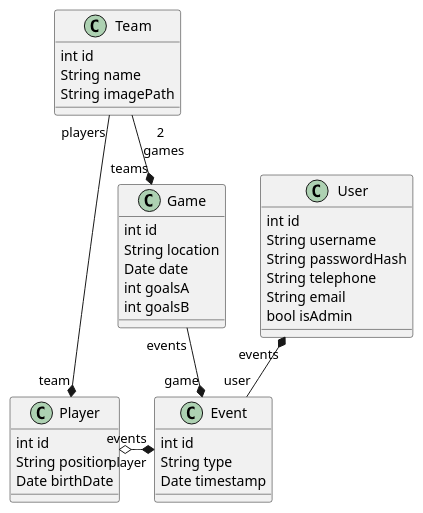
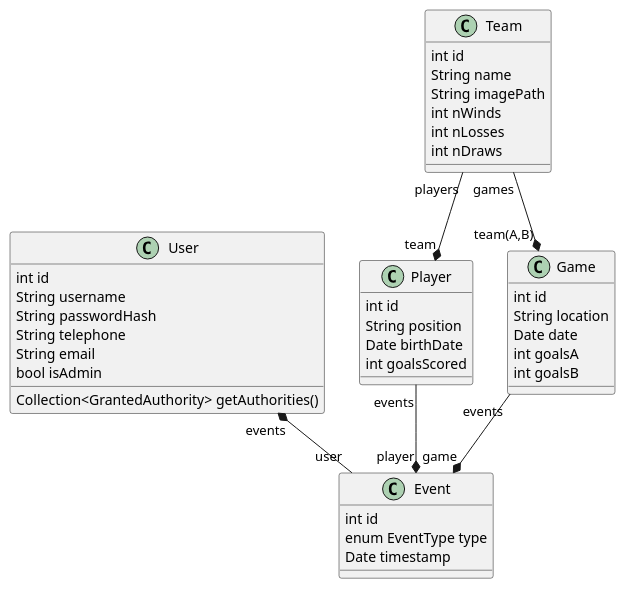
One commit to PomatoCoCEO/distributed-systems-scoredei changed the diagram in arch/class_diagram.puml. Above: the diagram before and after it, drawn with PlantUML. The commit also changed 13 other files, not shown here.

```diff
--- a/arch/class_diagram.puml
+++ b/arch/class_diagram.puml
@@ -1,41 +1,46 @@
-@startuml
+@startuml class_diagram
 class User {
     int id
     String username
     String passwordHash
     String telephone
     String email
     bool isAdmin 
+    Collection<GrantedAuthority> getAuthorities()
 }
 class Player {
     int id
     String position
     Date birthDate
+    int goalsScored
 }
+
 class Team {
     int id
     String name
     String imagePath
+    int nWinds
+    int nLosses
+    int nDraws
 }
 class Event {
     int id
-    String type
+    enum EventType type
     Date timestamp
 } 
 class Game {
     int id
     String location
     Date date
     int goalsA
     int goalsB
 }
 
 User "events" *-- "user" Event
 Game "events" --* "game" Event
-Player "events" o-* "player" Event
+Player "events" --* "player" Event
 Team "players" --* "team" Player
-
-Team "2\n  games" --* "teams" Game
+Team "games" --* "team(A,B)" Game
 
 
 @enduml
```
